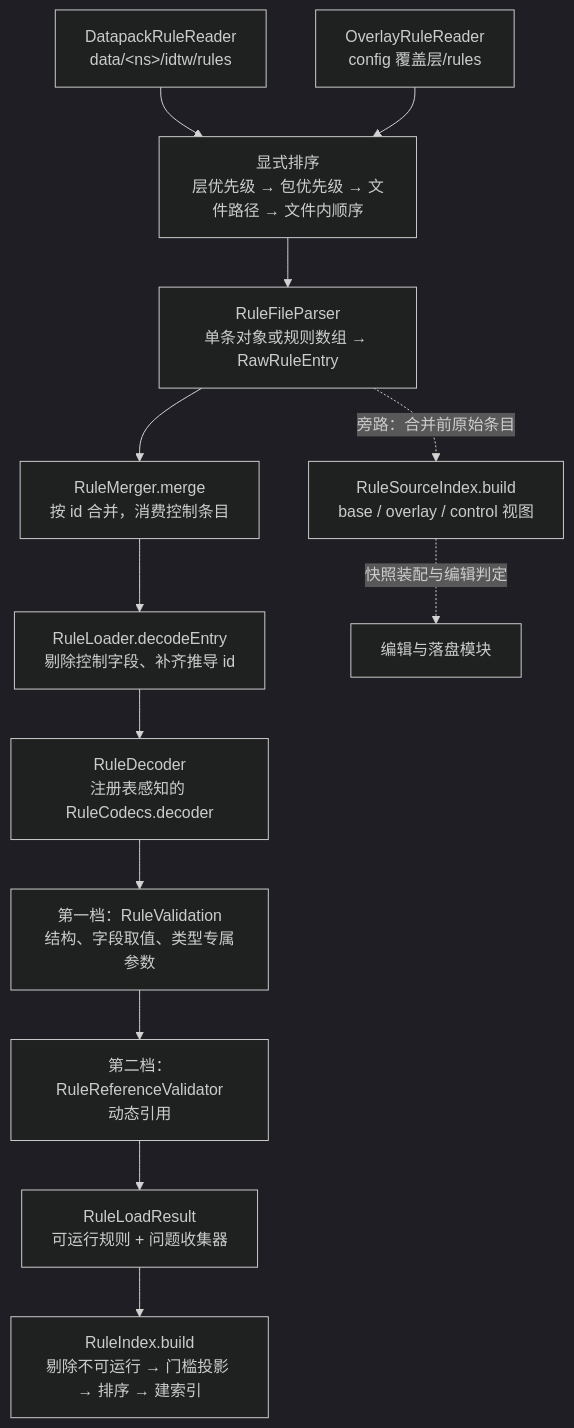
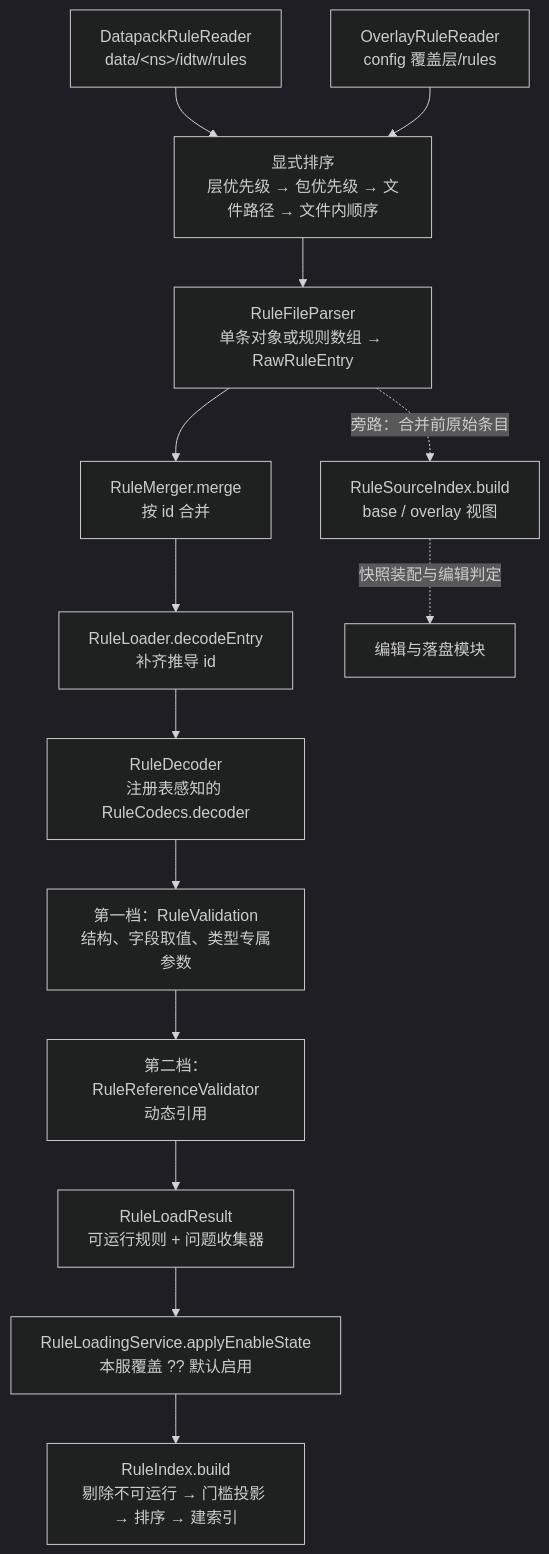
Before and after one commit to meteoritel/item-despawn-to-what: the diagram in docs/modules/rule-loading.md, drawn with Mermaid (dark theme). The commit also changed other lines of this file and 20 other files, not shown here.

````diff
--- a/docs/modules/rule-loading.md
+++ b/docs/modules/rule-loading.md
@@ -58,15 +60,16 @@
 ```mermaid
 flowchart TD
     A["DatapackRuleReader<br/>data/&lt;ns&gt;/idtw/rules"] --> S["显式排序<br/>层优先级 → 包优先级 → 文件路径 → 文件内顺序"]
     B["OverlayRuleReader<br/>config 覆盖层/rules"] --> S
     S --> P["RuleFileParser<br/>单条对象或规则数组 → RawRuleEntry"]
-    P --> M["RuleMerger.merge<br/>按 id 合并，消费控制条目"]
-    M --> D["RuleLoader.decodeEntry<br/>剔除控制字段、补齐推导 id"]
+    P --> M["RuleMerger.merge<br/>按 id 合并"]
+    M --> D["RuleLoader.decodeEntry<br/>补齐推导 id"]
     D --> C["RuleDecoder<br/>注册表感知的 RuleCodecs.decoder"]
     C --> V1["第一档：RuleValidation<br/>结构、字段取值、类型专属参数"]
     V1 --> V2["第二档：RuleReferenceValidator<br/>动态引用"]
     V2 --> R["RuleLoadResult<br/>可运行规则 + 问题收集器"]
-    R --> I["RuleIndex.build<br/>剔除不可运行 → 门槛投影 → 排序 → 建索引"]
-    P -.->|"旁路：合并前原始条目"| SI["RuleSourceIndex.build<br/>base / overlay / control 视图"]
+    R --> E["RuleLoadingService.applyEnableState<br/>本服覆盖 ?? 默认启用"]
+    E --> I["RuleIndex.build<br/>剔除不可运行 → 门槛投影 → 排序 → 建索引"]
+    P -.->|"旁路：合并前原始条目"| SI["RuleSourceIndex.build<br/>base / overlay 视图"]
     SI -.->|"快照装配与编辑判定"| SN["编辑与落盘模块"]
 ```
````
